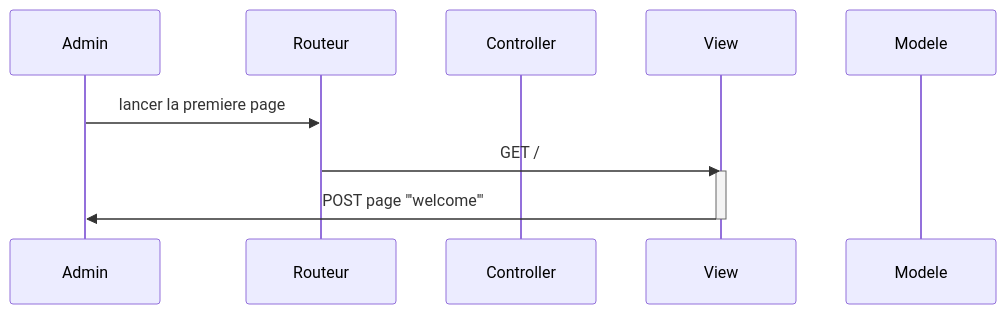
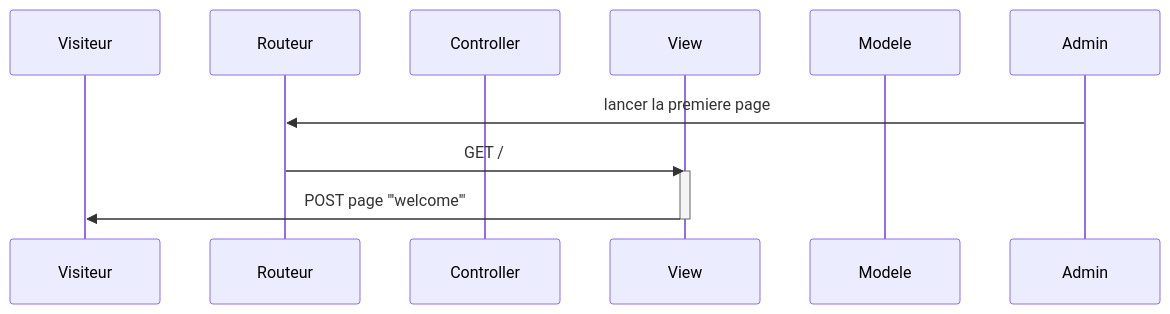
Before and after one commit to ggreg-T/sprint-07: the first of 5 diagrams in README.md, drawn with Mermaid. The commit also changed other lines of this file, not shown here.

Commit message:
Mise à jour REAME pour le UML

````diff
--- a/README.md
+++ b/README.md
@@ -22,16 +24,16 @@
 ```mermaid
 sequenceDiagram
-    participant Admin
+    participant Visiteur
     participant Routeur
     participant Controller
     participant View
     participant Modele
 
     Admin->>Routeur : lancer la premiere page
     Routeur->>View : GET /
 
         activate View
-    View ->>Admin : POST page "'welcome'"
+    View ->>Visiteur : POST page "'welcome'"
     deactivate View
 
 ```
````
